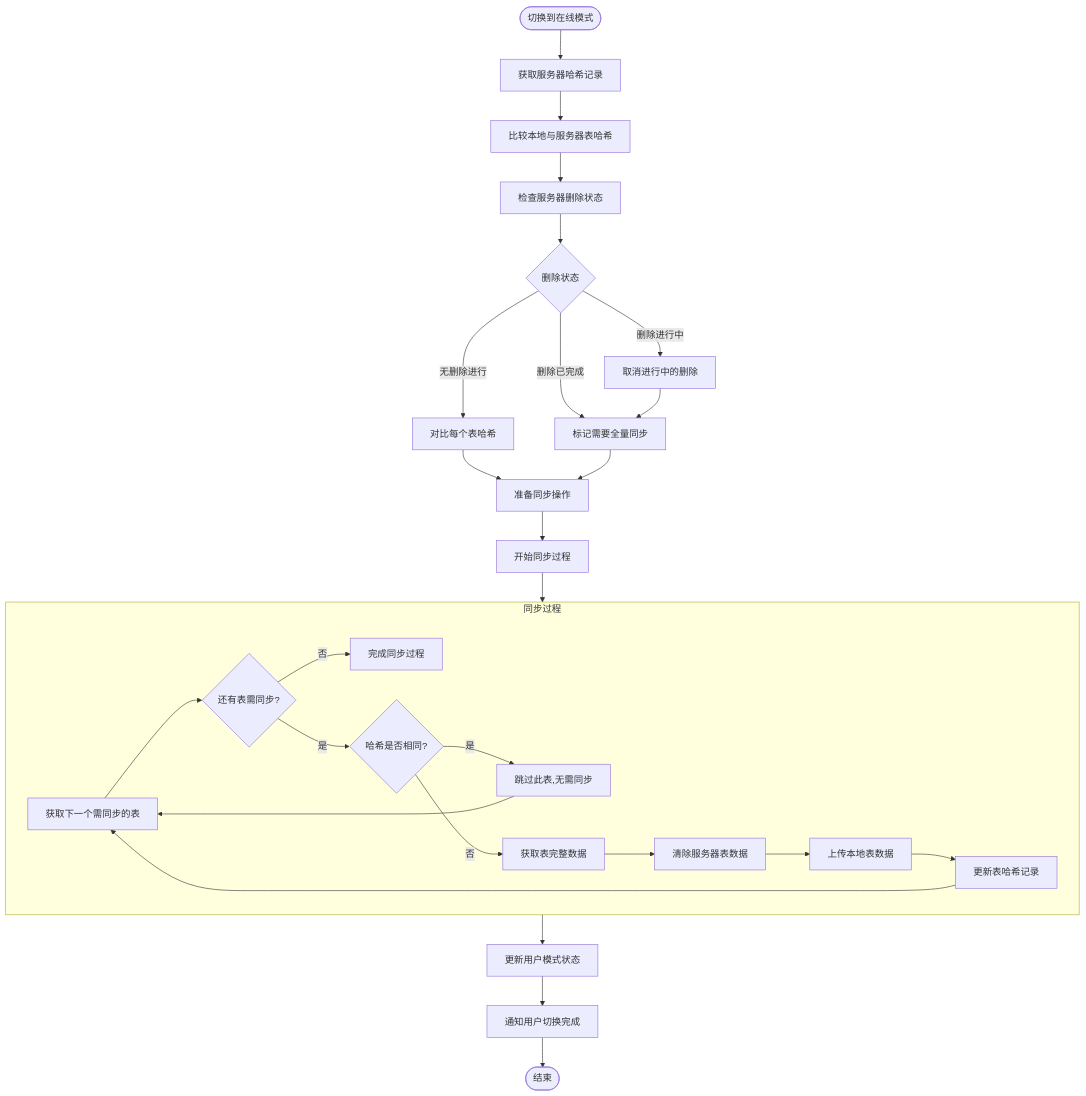
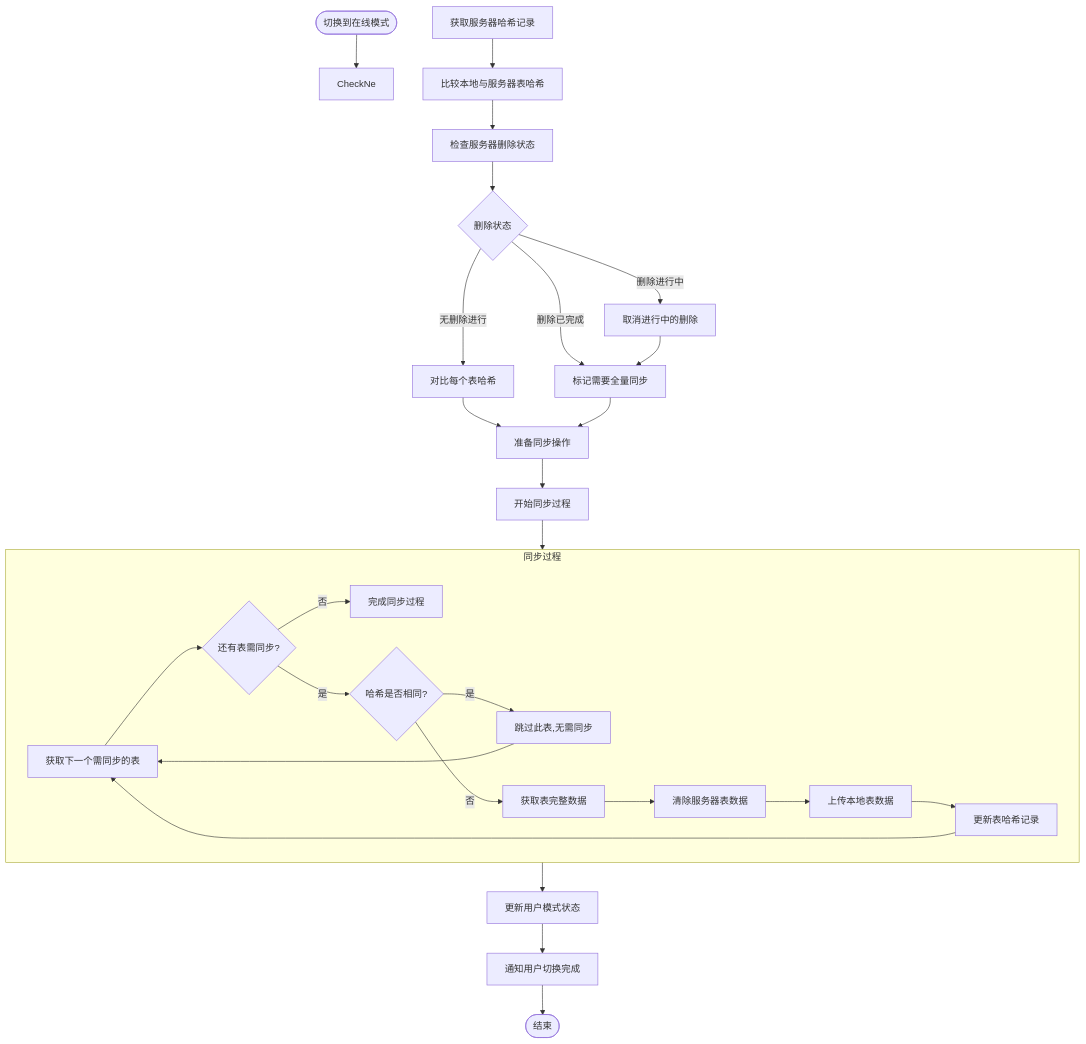
Before and after one commit to yingjianzh/iodraw-files: the diagram in all/未命名-51.md, drawn with Mermaid.

Commit message:
2025-05-08 16:24:02 update

````diff
--- a/all/未命名-51.md
+++ b/all/未命名-51.md
@@ -1,43 +1,43 @@
 ```mermaid
 flowchart TD
-    Start([切换到在线模式]) --> 
+    Start([切换到在线模式]) --> CheckNe
     
     
     FetchServerHashes[获取服务器哈希记录]
     
     FetchServerHashes --> CompareTables[比较本地与服务器表哈希]
     CompareTables --> CheckDeletionStatus[检查服务器删除状态]
     
     CheckDeletionStatus --> DeletionState{删除状态}
     
     DeletionState -->|无删除进行| CompareHashes[对比每个表哈希]
     DeletionState -->|删除进行中| CancelDeletion[取消进行中的删除]
     DeletionState -->|删除已完成| ForceFullSync[标记需要全量同步]
     
     CancelDeletion --> ForceFullSync
     
     CompareHashes --> PrepareSync[准备同步操作]
     ForceFullSync --> PrepareSync
     
     PrepareSync --> BeginSyncProcess[开始同步过程]
     
     subgraph SyncProcess [同步过程]
         A[获取下一个需同步的表] --> B{还有表需同步?}
         B -->|否| CompleteSyncProcess[完成同步过程]
         B -->|是| C{哈希是否相同?}
         
         C -->|是| TablesSkipped[跳过此表,无需同步]
         C -->|否| D[获取表完整数据]
         TablesSkipped --> A
         
         D --> E[清除服务器表数据]
         E --> F[上传本地表数据]
         F --> G[更新表哈希记录]
         G --> A
     end
     
     BeginSyncProcess --> SyncProcess
     SyncProcess --> UpdateModeState[更新用户模式状态]
     UpdateModeState --> NotifyComplete[通知用户切换完成]
     NotifyComplete --> End([结束])
 ```
````
